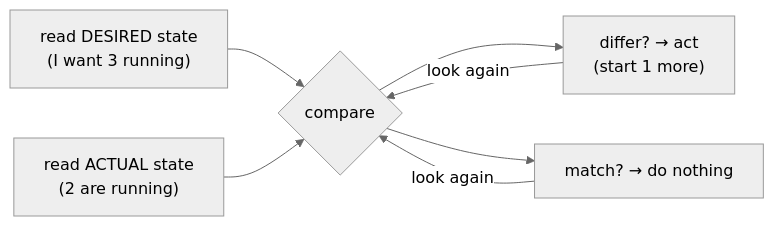
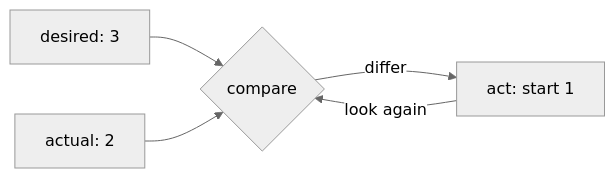
Before and after one commit to Topurrra/themissingmanual: the diagram in guides/kubernetes-without-the-hype/01-the-problem-k8s-solves.md, drawn with Mermaid (neutral theme). The commit also changed 15 other files, not shown here.

Commit message:
fixed mermaid diagrams

````diff
--- a/guides/kubernetes-without-the-hype/01-the-problem-k8s-solves.md
+++ b/guides/kubernetes-without-the-hype/01-the-problem-k8s-solves.md
@@ -92,14 +92,7 @@
 ```mermaid
 flowchart LR
-  Desired["read DESIRED state<br/>(I want 3 running)"]
-  Actual["read ACTUAL state<br/>(2 are running)"]
-  Compare{compare}
-  Act["differ? → act<br/>(start 1 more)"]
-  Match["match? → do nothing"]
-  Desired --> Compare
-  Actual --> Compare
-  Compare --> Act
-  Compare --> Match
-  Act -- look again --> Compare
-  Match -- look again --> Compare
+  Desired[desired: 3] --> Compare{compare}
+  Actual[actual: 2] --> Compare
+  Compare -->|differ| Act[act: start 1]
+  Act -->|look again| Compare
 ```
````
